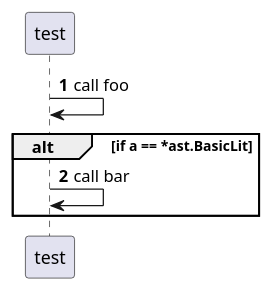
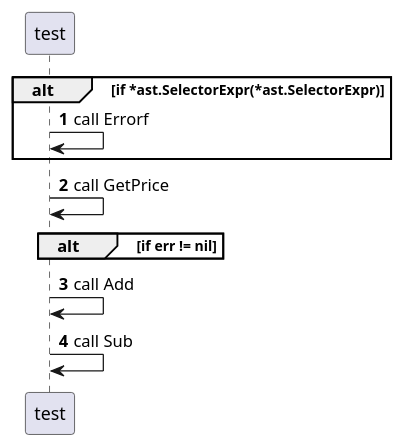
Before and after one commit to Yukun4119/lunar: the diagram in output/output.puml, drawn with PlantUML. The commit also changed 2 other files, not shown here.

```diff
--- a/output/output.puml
+++ b/output/output.puml
@@ -1,7 +1,11 @@
 @startuml
 autonumber
-test -> test: call foo
-alt if a == *ast.BasicLit
-test -> test: call bar
+alt if *ast.SelectorExpr(*ast.SelectorExpr)
+test -> test: call Errorf
 end
+test -> test: call GetPrice
+alt if err != nil
+end
+test -> test: call Add
+test -> test: call Sub
 @enduml
```
